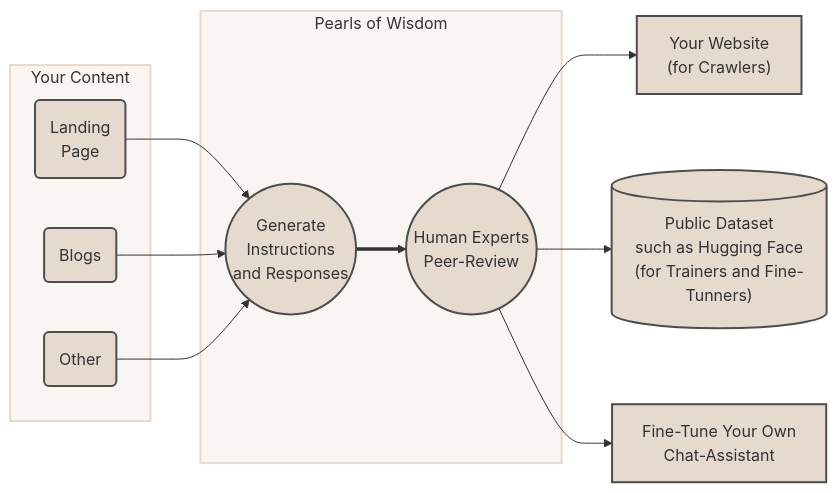
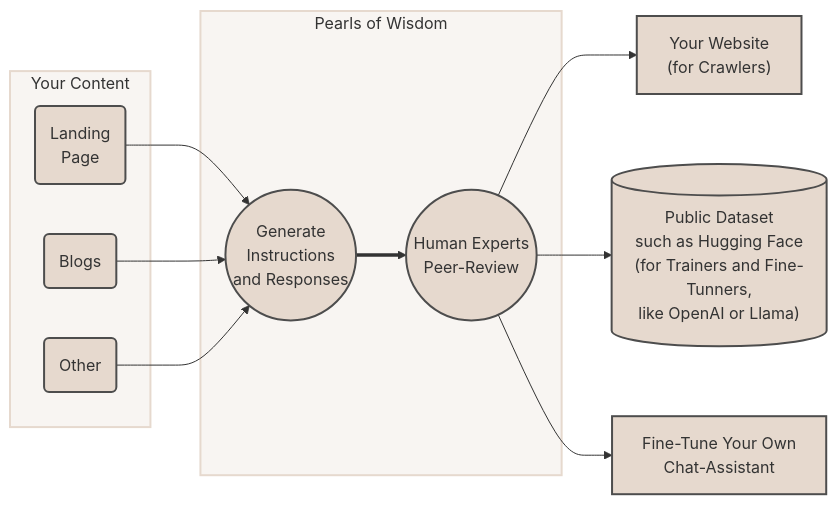
One commit to kirilligum/prls.co changed the diagram in diagrams/userflow.mmd. Above: the diagram before and after it, drawn with Mermaid. The commit also changed 1 other file, not shown here.

```diff
--- a/diagrams/userflow.mmd
+++ b/diagrams/userflow.mmd
@@ -1,30 +1,30 @@
 graph LR
   style yc fill:#f8f5f2,stroke:#e6d9ce,stroke-width:2px
   style pow fill:#f8f5f2,stroke:#e6d9ce,stroke-width:2px
   style lp fill:#e6d9ce,stroke:#4d4d4d,stroke-width:2px
   style b fill:#e6d9ce,stroke:#4d4d4d,stroke-width:2px
   style other fill:#e6d9ce,stroke:#4d4d4d,stroke-width:2px
   style g fill:#e6d9ce,stroke:#4d4d4d,stroke-width:2px
   style h fill:#e6d9ce,stroke:#4d4d4d,stroke-width:2px
   style page fill:#e6d9ce,stroke:#4d4d4d,stroke-width:2px
   style pubhf fill:#e6d9ce,stroke:#4d4d4d,stroke-width:2px
   style cllm fill:#e6d9ce,stroke:#4d4d4d,stroke-width:2px
 subgraph yc[Your Content]
   lp("Landing<br/>Page")
   b(Blogs)
   other(Other)
 end
 subgraph pow[Pearls of Wisdom]
   g(("Generate<br/>Instructions<br/>and Responses"))
   h(("Human Experts<br/>Peer-Review"))
 end
 page["Your Website<br/>(for Crawlers)"]
-pubhf[("Public Dataset<br/>such as Hugging Face<br/>(for Trainers and Fine-Tunners)")]
+pubhf[("Public Dataset<br/>such as Hugging Face<br/>(for Trainers and Fine-Tunners,<br/>like OpenAI or Llama)")]
 cllm["Fine-Tune Your Own<br/>Chat-Assistant"]
 lp-->g
 b-->g
 other-->g
 g==>h
 h-->page
 h-->pubhf
 h-->cllm
```
